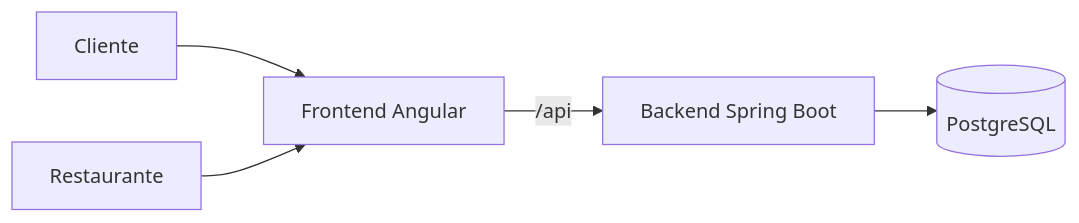
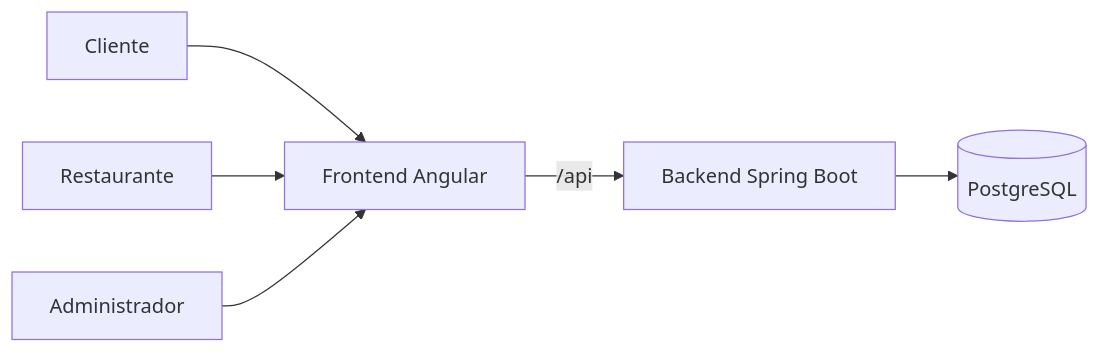
One commit to odvprogra/pedidos changed the first of 2 diagrams in docs/arquitectura.md. Above: the diagram before and after it, drawn with Mermaid. The commit also changed other lines of this file and 7 other files, not shown here.

````diff
--- a/docs/arquitectura.md
+++ b/docs/arquitectura.md
@@ -6,7 +6,8 @@
 ```mermaid
 flowchart LR
     cliente[Cliente] --> web[Frontend Angular]
     restaurante[Restaurante] --> web
+    admin[Administrador] --> web
     web -- "/api" --> api[Backend Spring Boot]
     api --> db[(PostgreSQL)]
 ```
````
